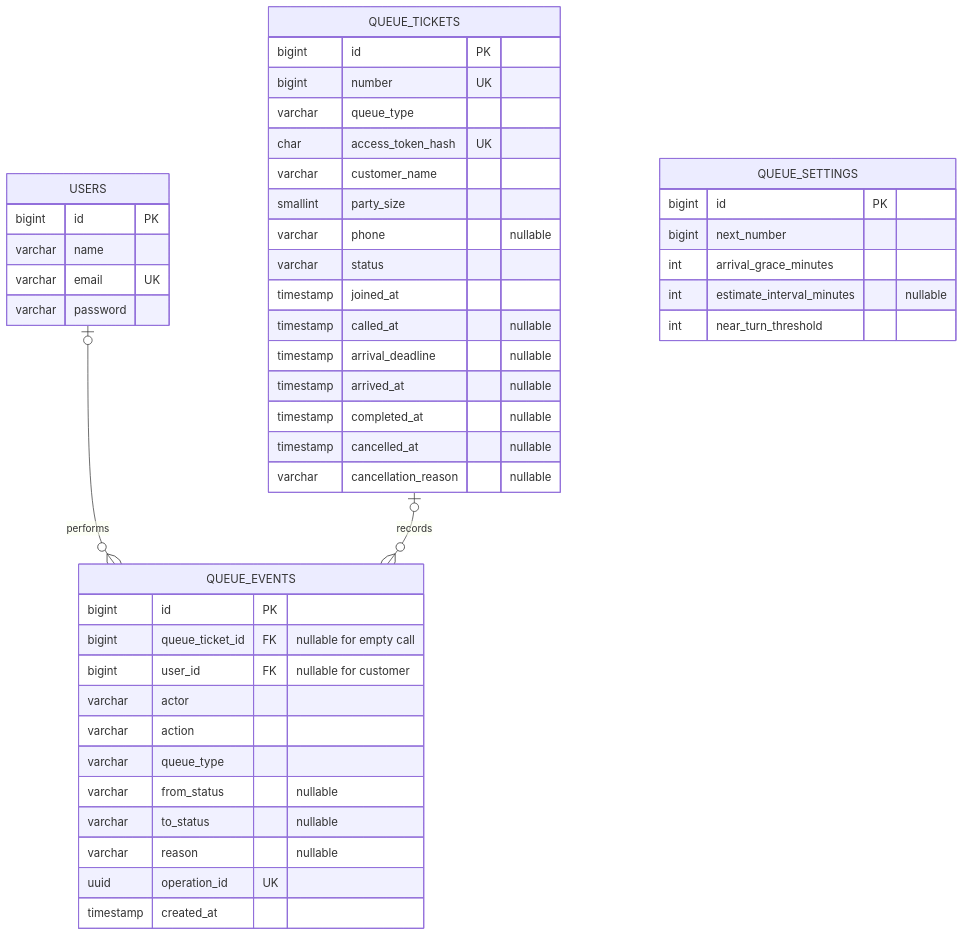
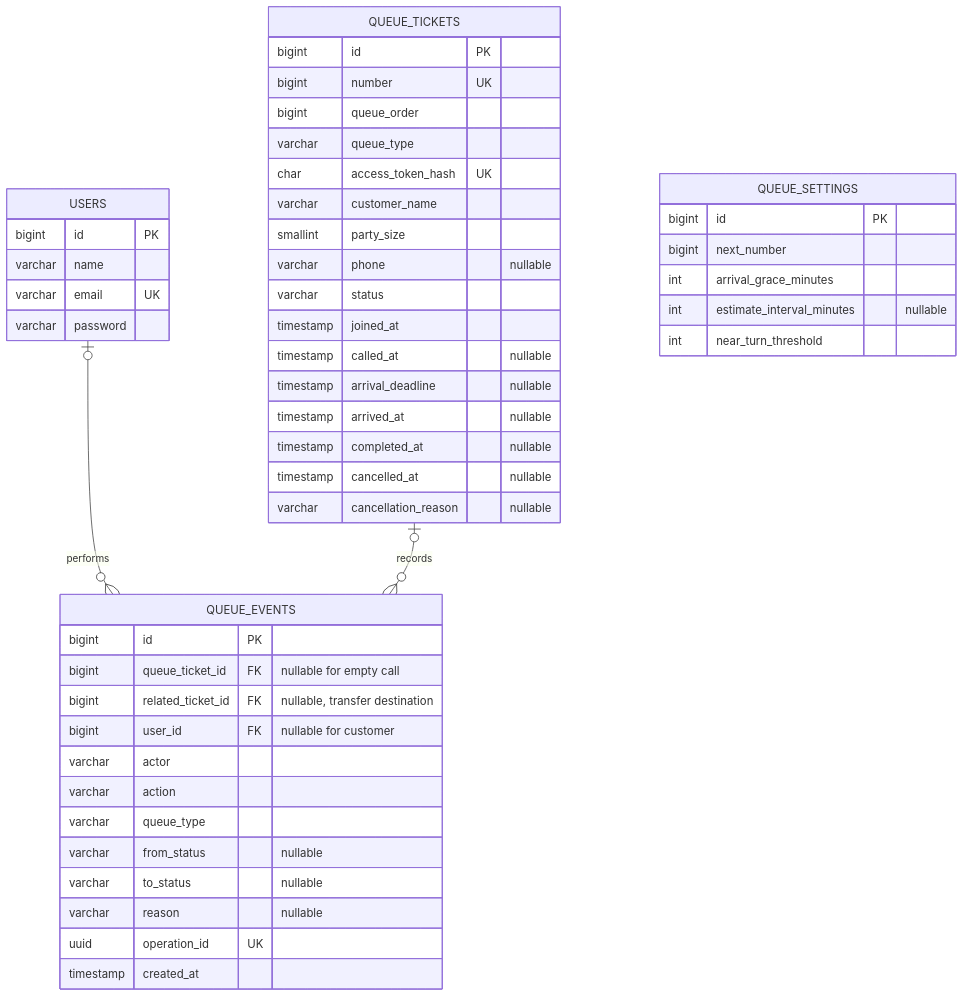
Before and after one commit to Sragastiya/Digital-Queing-System: the second of 4 diagrams in docs/design.md, drawn with Mermaid. The commit also changed other lines of this file and 29 other files, not shown here.

````diff
--- a/docs/design.md
+++ b/docs/design.md
@@ -61,48 +68,50 @@
 ```mermaid
 erDiagram
 USERS o|--o{ QUEUE_EVENTS : performs
 QUEUE_TICKETS o|--o{ QUEUE_EVENTS : records
 USERS {
  bigint id PK
  varchar name
  varchar email UK
  varchar password
 }
 QUEUE_SETTINGS {
  bigint id PK
  bigint next_number
  int arrival_grace_minutes
  int estimate_interval_minutes "nullable"
  int near_turn_threshold
 }
 QUEUE_TICKETS {
  bigint id PK
  bigint number UK
+ bigint queue_order
  varchar queue_type
  char access_token_hash UK
  varchar customer_name
  smallint party_size
  varchar phone "nullable"
  varchar status
  timestamp joined_at
  timestamp called_at "nullable"
  timestamp arrival_deadline "nullable"
  timestamp arrived_at "nullable"
  timestamp completed_at "nullable"
  timestamp cancelled_at "nullable"
  varchar cancellation_reason "nullable"
 }
 QUEUE_EVENTS {
  bigint id PK
  bigint queue_ticket_id FK "nullable for empty call"
+ bigint related_ticket_id FK "nullable, transfer destination"
  bigint user_id FK "nullable for customer"
  varchar actor
  varchar action
  varchar queue_type
  varchar from_status "nullable"
  varchar to_status "nullable"
  varchar reason "nullable"
  uuid operation_id UK
  timestamp created_at
 }
 ```
````
